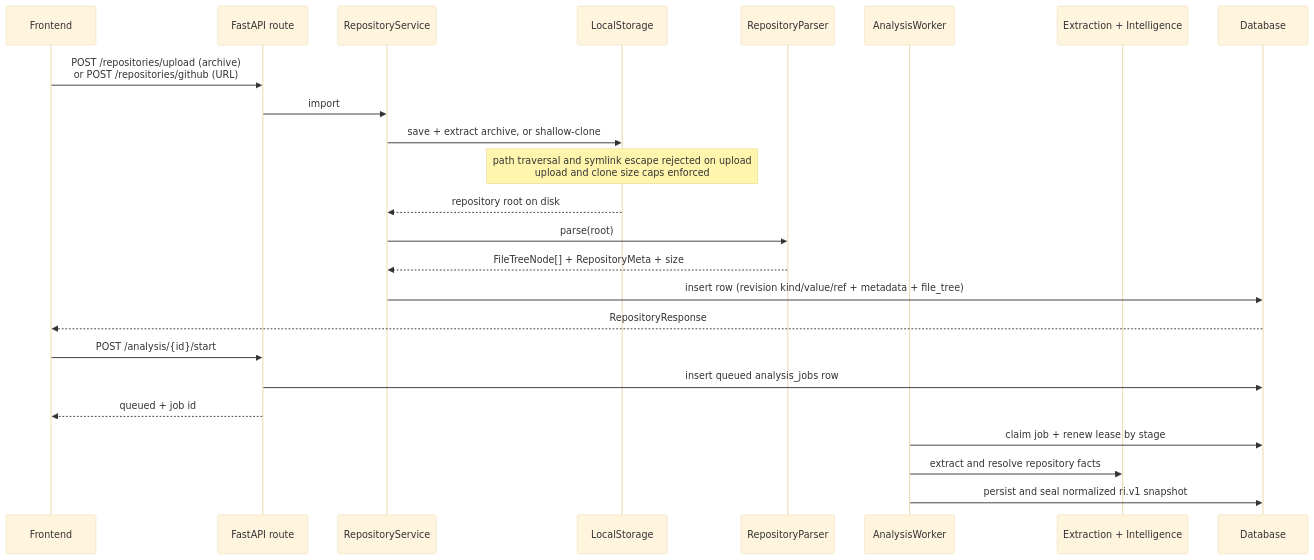
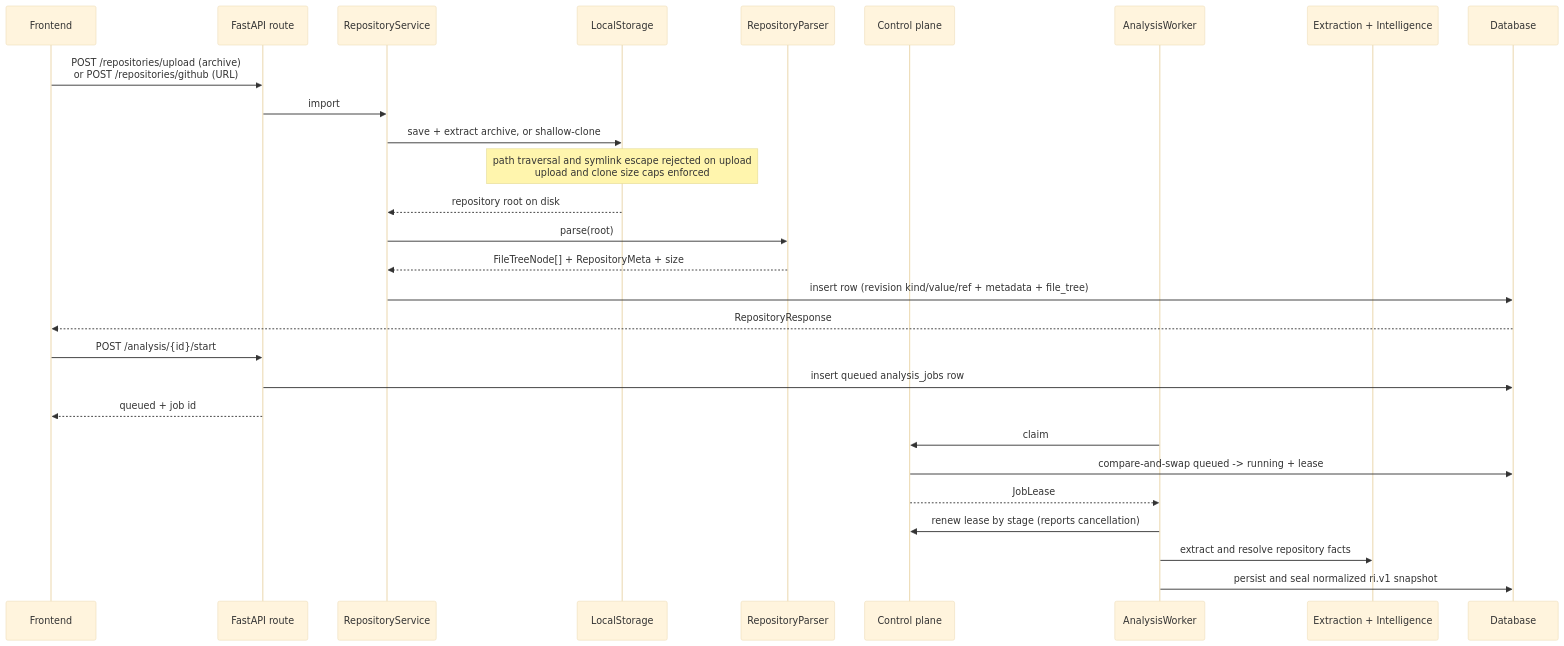
Before and after one commit to Second-Origin/PARTHA: the second of 4 diagrams in docs/architecture/SYSTEM_OVERVIEW.md, drawn with Mermaid (base theme). The commit also changed other lines of this file and 8 other files, not shown here.

First line of the commit message:
chore(scale): introduce the W2 queue and control-plane boundary (#376)

````diff
--- a/docs/architecture/SYSTEM_OVERVIEW.md
+++ b/docs/architecture/SYSTEM_OVERVIEW.md
@@ -98,27 +104,31 @@
 ```mermaid
 sequenceDiagram
     participant UI as Frontend
     participant API as FastAPI route
     participant Repo as RepositoryService
     participant Store as LocalStorage
     participant Parser as RepositoryParser
+    participant Queue as Control plane
     participant Worker as AnalysisWorker
     participant RI as Extraction + Intelligence
     participant DB as Database
 
     UI->>API: POST /repositories/upload (archive)<br/>or POST /repositories/github (URL)
     API->>Repo: import
     Repo->>Store: save + extract archive, or shallow-clone
     Note over Store: path traversal and symlink escape rejected on upload<br/>upload and clone size caps enforced
     Store-->>Repo: repository root on disk
     Repo->>Parser: parse(root)
     Parser-->>Repo: FileTreeNode[] + RepositoryMeta + size
     Repo->>DB: insert row (revision kind/value/ref + metadata + file_tree)
     DB-->>UI: RepositoryResponse
     UI->>API: POST /analysis/{id}/start
     API->>DB: insert queued analysis_jobs row
     API-->>UI: queued + job id
-    Worker->>DB: claim job + renew lease by stage
+    Worker->>Queue: claim
+    Queue->>DB: compare-and-swap queued -> running + lease
+    Queue-->>Worker: JobLease
+    Worker->>Queue: renew lease by stage (reports cancellation)
     Worker->>RI: extract and resolve repository facts
     Worker->>DB: persist and seal normalized ri.v1 snapshot
 ```
````
